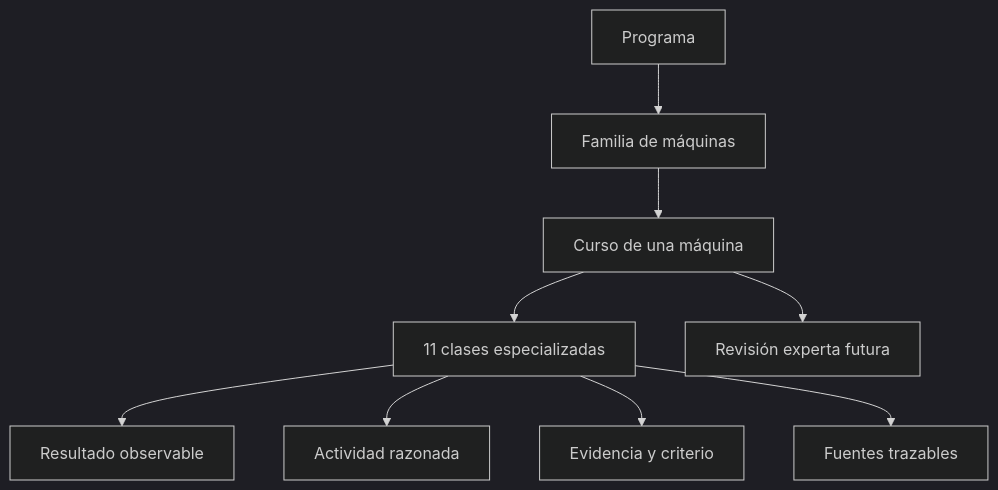
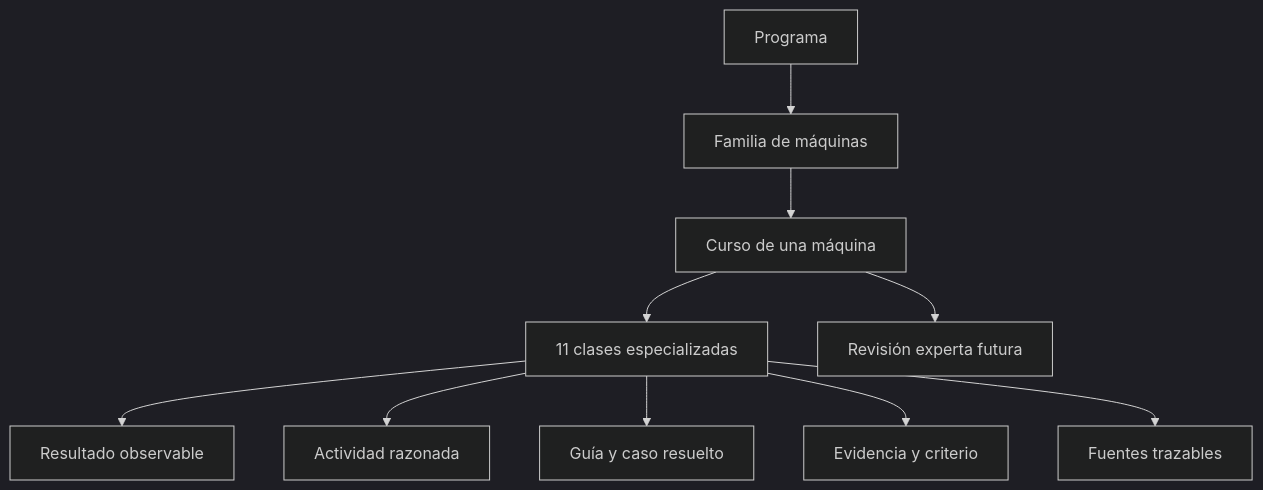
Before and after one commit to vladimiracunadev-create/machine-operator-program: the diagram in docs/10-modelo-pedagogico.md, drawn with Mermaid (dark theme). The commit also changed other lines of this file and 460 other files, not shown here.

````diff
--- a/docs/10-modelo-pedagogico.md
+++ b/docs/10-modelo-pedagogico.md
@@ -13,11 +13,12 @@
 ```mermaid
 flowchart TD
     P[Programa] --> F[Familia de máquinas]
     F --> C[Curso de una máquina]
     C --> L[11 clases especializadas]
     L --> R[Resultado observable]
     L --> A[Actividad razonada]
+    L --> G[Guía y caso resuelto]
     L --> E[Evidencia y criterio]
     L --> S[Fuentes trazables]
     C --> X[Revisión experta futura]
 ```
````
